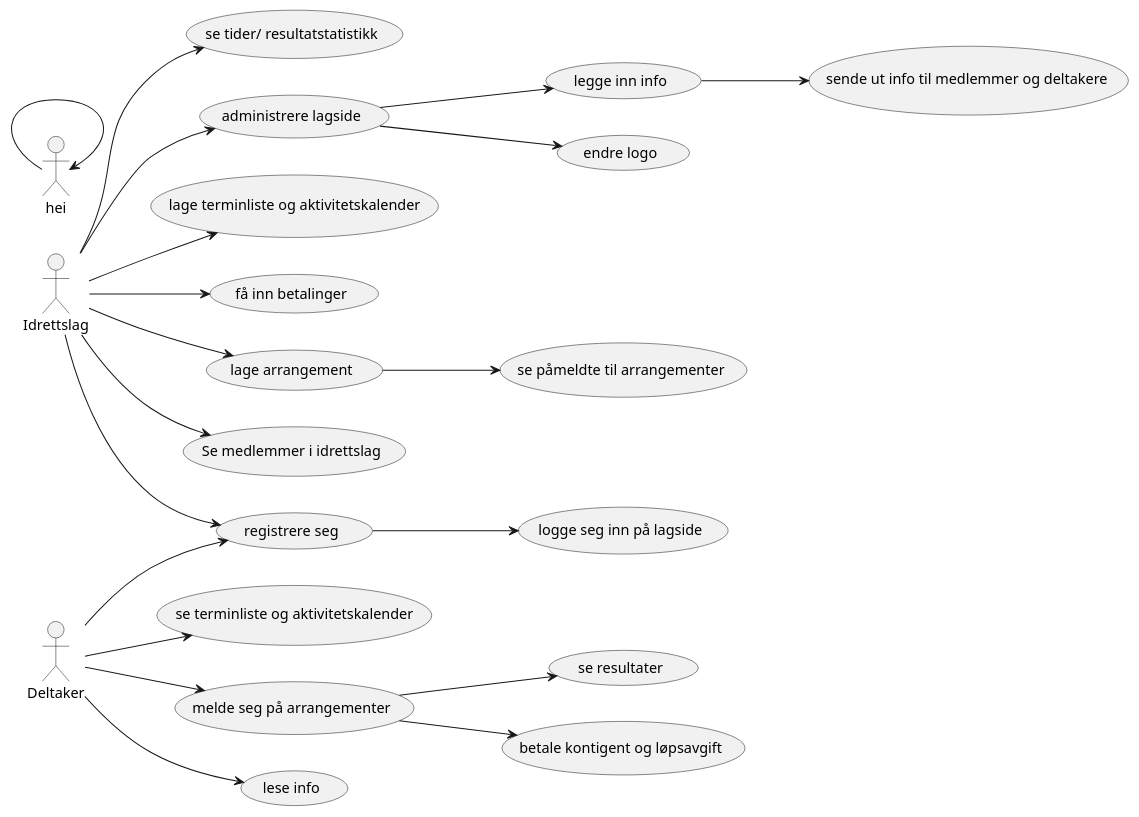
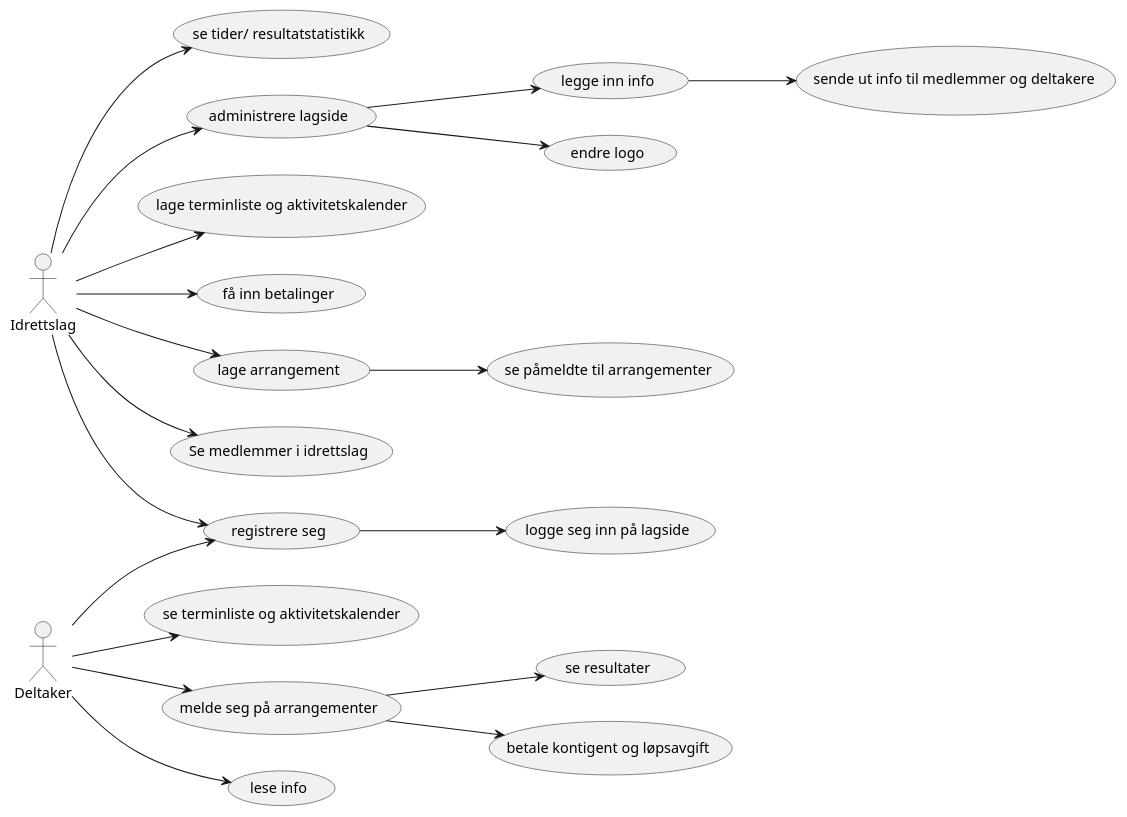
One commit to SetGruppe6/diagrammer changed the diagram in usecase1.puml. Above: the diagram before and after it, drawn with PlantUML.

Commit message:
Revert "Merge remote-tracking branch 'origin/Heidi'"

```diff
--- a/usecase1.puml
+++ b/usecase1.puml
@@ -1,28 +1,28 @@
 @startuml
 
 
 left to right direction
 
 Idrettslag--> (registrere seg)
 Idrettslag-->(lage arrangement)
 Idrettslag-->(Se medlemmer i idrettslag)
 (lage arrangement)-->(se påmeldte til arrangementer)
 Idrettslag-->(se tider/ resultatstatistikk)
 (administrere lagside)-->(legge inn info)
 Idrettslag-->(lage terminliste og aktivitetskalender)
 (legge inn info)-->(sende ut info til medlemmer og deltakere )
 Idrettslag-->(få inn betalinger)
 Idrettslag-->(administrere lagside)
 (administrere lagside) --> (endre logo)
 
 Deltaker-->(registrere seg)
 (registrere seg)-->(logge seg inn på lagside)
 Deltaker-->(melde seg på arrangementer)
 (melde seg på arrangementer)-->(se resultater)
 Deltaker-->(lese info)
 (melde seg på arrangementer)-->(betale kontigent og løpsavgift)
 Deltaker-->(se terminliste og aktivitetskalender)
 
-hei --> hei
+
 
 @enduml
```
